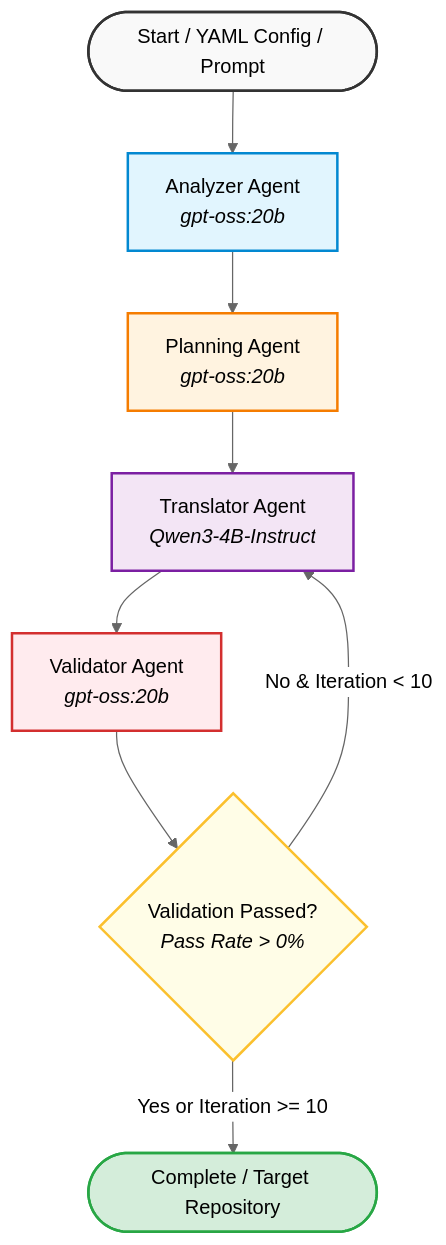
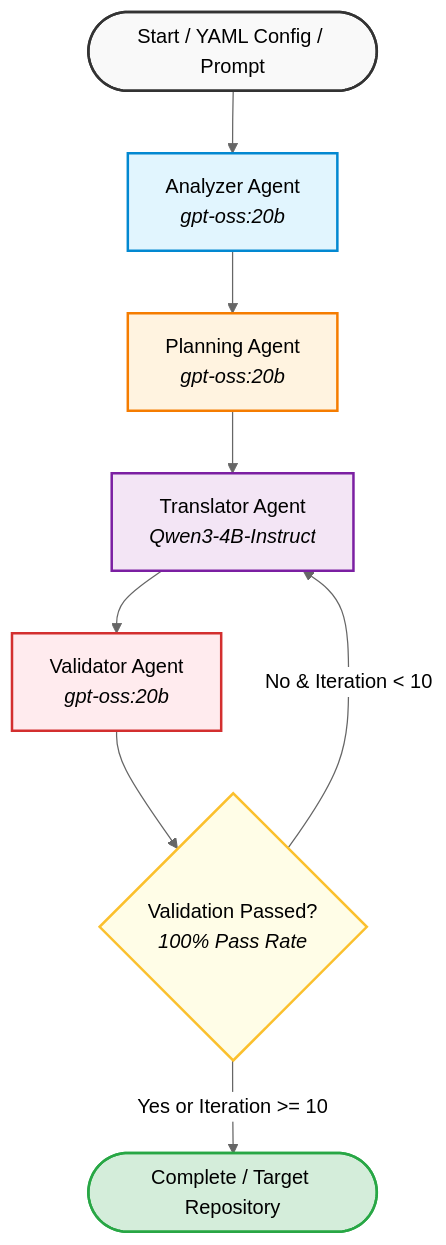
One commit to NTDuck/MAgHARCM changed the first of 2 diagrams in docs/workflow.md. Above: the diagram before and after it, drawn with Mermaid (neutral theme). The commit also changed other lines of this file and 9 other files, not shown here.

````diff
--- a/docs/workflow.md
+++ b/docs/workflow.md
@@ -9,19 +9,19 @@
 ```mermaid
 flowchart TD
     START([Start / YAML Config / Prompt]) --> Analyzer[Analyzer Agent<br/><i>gpt-oss:20b</i>]
     Analyzer --> Planning[Planning Agent<br/><i>gpt-oss:20b</i>]
     Planning --> Translator[Translator Agent<br/><i>Qwen3-4B-Instruct</i>]
     Translator --> Validator[Validator Agent<br/><i>gpt-oss:20b</i>]
     
-    Validator --> Branch{Validation Passed?<br/><i>Pass Rate > 0%</i>}
+    Validator --> Branch{Validation Passed?<br/><i>100% Pass Rate</i>}
     Branch -- No & Iteration < 10 --> Translator
     Branch -- Yes or Iteration >= 10 --> Complete([Complete / Target Repository])
 
     style START fill:#f9f9f9,stroke:#333,stroke-width:2px
     style Complete fill:#d4edda,stroke:#28a745,stroke-width:2px
     style Analyzer fill:#e1f5fe,stroke:#0288d1,stroke-width:2px
     style Planning fill:#fff3e0,stroke:#f57c00,stroke-width:2px
     style Translator fill:#f3e5f5,stroke:#7b1fa2,stroke-width:2px
     style Validator fill:#ffebee,stroke:#d32f2f,stroke-width:2px
     style Branch fill:#fffde7,stroke:#fbc02d,stroke-width:2px
 ```
````
